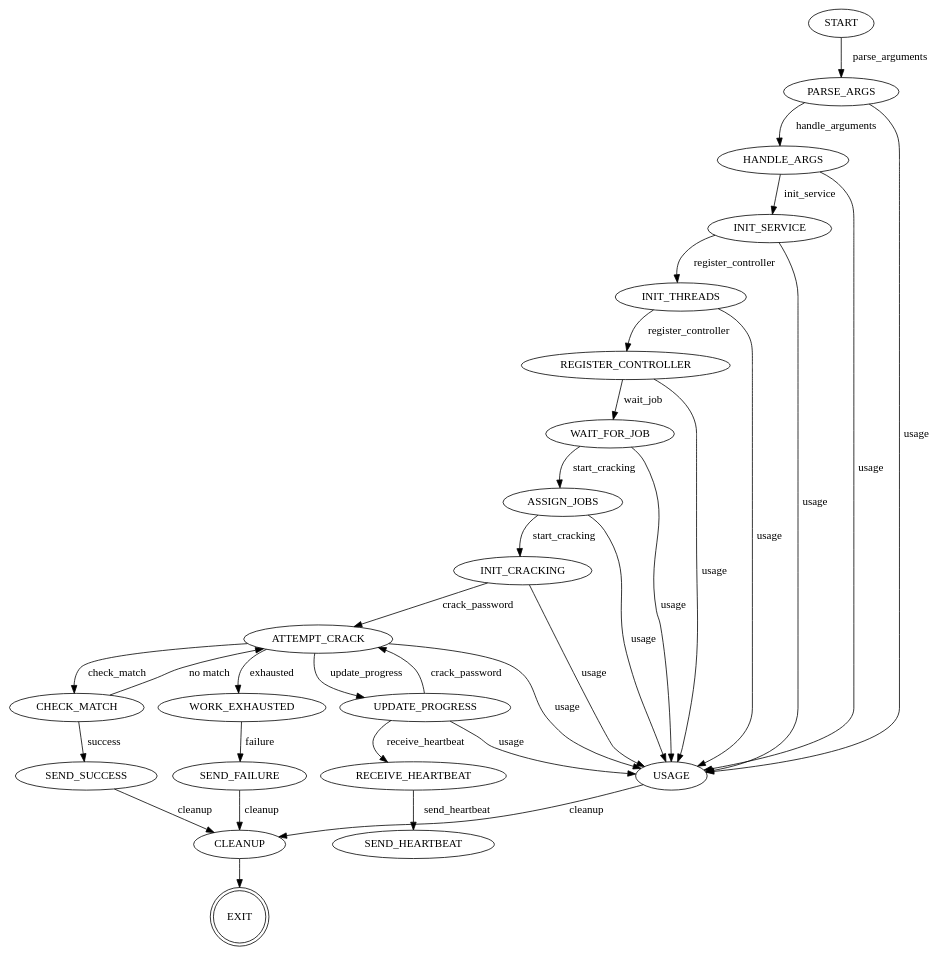
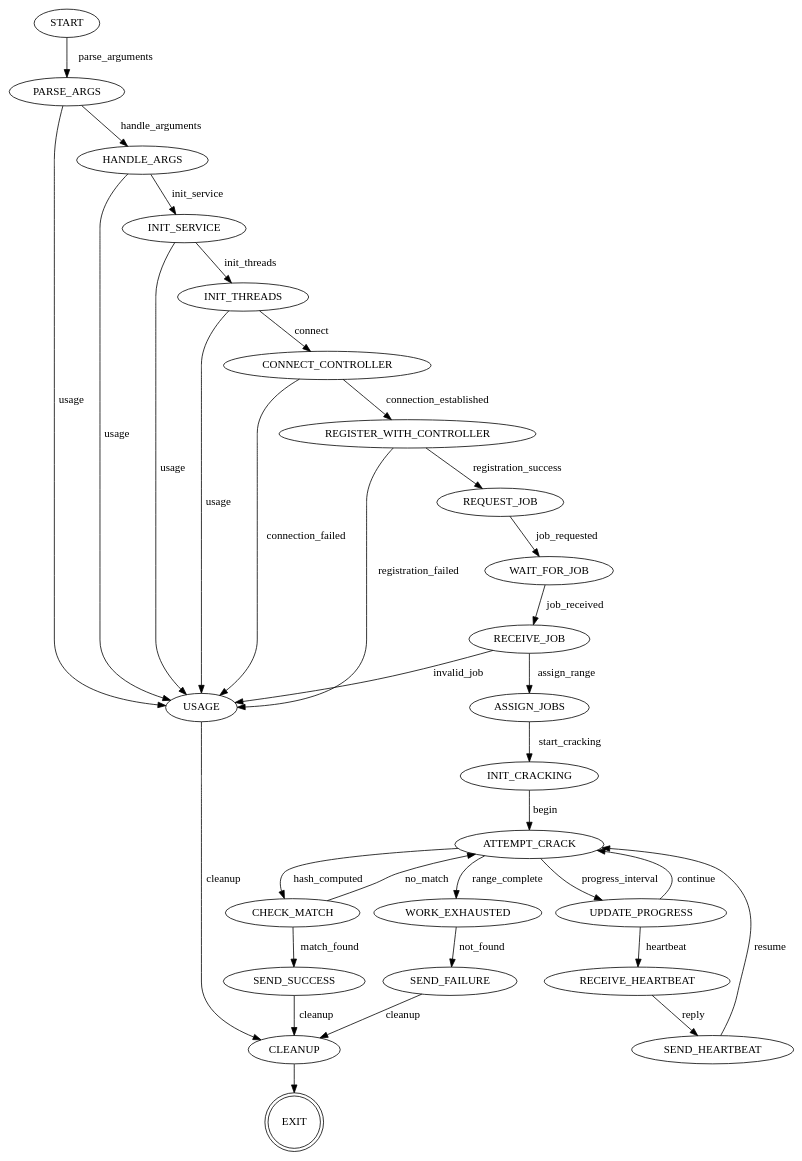
Before and after one commit to Wontoni/COMP8005-Password-Cracking: the diagram in source/worker.gv, drawn with Graphviz. The commit also changed 8 other files, not shown here.

```diff
--- a/source/worker.gv
+++ b/source/worker.gv
@@ -1,76 +1,87 @@
 digraph PasswordCrackerFSM {
-    rankdir=UD;
-    node [shape=ellipse];
-
+    rankdir = UD;
+    node [shape = ellipse;];
+    
     START;
     PARSE_ARGS;
     HANDLE_ARGS;
     USAGE;
+    
     INIT_SERVICE;
     INIT_THREADS;
-    REGISTER_CONTROLLER;
+    
+    CONNECT_CONTROLLER;
+    REGISTER_WITH_CONTROLLER;
+    REQUEST_JOB;
     WAIT_FOR_JOB;
+    RECEIVE_JOB;
+    
     ASSIGN_JOBS;
     INIT_CRACKING;
     ATTEMPT_CRACK;
     CHECK_MATCH;
+    UPDATE_PROGRESS;
     WORK_EXHAUSTED;
+    
     RECEIVE_HEARTBEAT;
     SEND_HEARTBEAT;
+    
     SEND_SUCCESS;
     SEND_FAILURE;
-    UPDATE_PROGRESS;
+    
     CLEANUP;
-    EXIT [shape=doublecircle];
-
-    START -> PARSE_ARGS [label="parse_arguments"];
-
-    PARSE_ARGS -> HANDLE_ARGS [label="handle_arguments"];
-    PARSE_ARGS -> USAGE [label="usage"];
-
-    HANDLE_ARGS -> INIT_SERVICE [label="init_service"];
-    HANDLE_ARGS -> USAGE [label="usage"];
-
-    USAGE -> CLEANUP [label="cleanup"];
-
-    INIT_SERVICE -> INIT_THREADS [label="register_controller"];
-    INIT_SERVICE -> USAGE [label="usage"];
-
-    INIT_THREADS -> REGISTER_CONTROLLER [label="register_controller"];
-    INIT_THREADS -> USAGE [label="usage"];
-
-    REGISTER_CONTROLLER -> WAIT_FOR_JOB [label="wait_job"];
-    REGISTER_CONTROLLER -> USAGE [label="usage"];
-
-    WAIT_FOR_JOB -> ASSIGN_JOBS [label="start_cracking"];
-    WAIT_FOR_JOB -> USAGE [label="usage"];
-
-    ASSIGN_JOBS -> INIT_CRACKING [label="start_cracking"];
-    ASSIGN_JOBS -> USAGE [label="usage"];
-
-    INIT_CRACKING -> ATTEMPT_CRACK [label="crack_password"];
-    INIT_CRACKING -> USAGE [label="usage"];
-
-    ATTEMPT_CRACK -> CHECK_MATCH [label="check_match"];
-    ATTEMPT_CRACK -> UPDATE_PROGRESS [label="update_progress"]
-    ATTEMPT_CRACK -> USAGE [label="usage"];
-
-    UPDATE_PROGRESS -> ATTEMPT_CRACK [label="crack_password"]
-    UPDATE_PROGRESS -> RECEIVE_HEARTBEAT [label="receive_heartbeat"]
-    UPDATE_PROGRESS -> USAGE [label="usage"]
-
-    RECEIVE_HEARTBEAT -> SEND_HEARTBEAT [label="send_heartbeat"]
+    EXIT [shape = doublecircle;];
     
-
-    CHECK_MATCH -> SEND_SUCCESS [label="success"];
-    CHECK_MATCH -> ATTEMPT_CRACK [label="no match"];
-
-    ATTEMPT_CRACK -> WORK_EXHAUSTED [label="exhausted"];
-
-    WORK_EXHAUSTED -> SEND_FAILURE [label="failure"];
-
-    SEND_SUCCESS -> CLEANUP [label="cleanup"];
-    SEND_FAILURE -> CLEANUP [label="cleanup"];
-
+    START -> PARSE_ARGS [label = "parse_arguments";];
+    
+    PARSE_ARGS -> HANDLE_ARGS [label = "handle_arguments";];
+    PARSE_ARGS -> USAGE [label = "usage";];
+    
+    HANDLE_ARGS -> INIT_SERVICE [label = "init_service";];
+    HANDLE_ARGS -> USAGE [label = "usage";];
+    
+    USAGE -> CLEANUP [label = "cleanup";];
+    
+    INIT_SERVICE -> INIT_THREADS [label = "init_threads";];
+    INIT_SERVICE -> USAGE [label = "usage";];
+    
+    INIT_THREADS -> CONNECT_CONTROLLER [label = "connect";];
+    INIT_THREADS -> USAGE [label = "usage";];
+    
+    CONNECT_CONTROLLER -> REGISTER_WITH_CONTROLLER [label = "connection_established";];
+    CONNECT_CONTROLLER -> USAGE [label = "connection_failed";];
+    
+    REGISTER_WITH_CONTROLLER -> REQUEST_JOB [label = "registration_success";];
+    REGISTER_WITH_CONTROLLER -> USAGE [label = "registration_failed";];
+    
+    REQUEST_JOB -> WAIT_FOR_JOB [label = "job_requested";];
+    
+    WAIT_FOR_JOB -> RECEIVE_JOB [label = "job_received";];
+    
+    RECEIVE_JOB -> ASSIGN_JOBS [label = "assign_range";];
+    RECEIVE_JOB -> USAGE [label = "invalid_job";];
+    
+    ASSIGN_JOBS -> INIT_CRACKING [label = "start_cracking";];
+    
+    INIT_CRACKING -> ATTEMPT_CRACK [label = "begin";];
+    
+    ATTEMPT_CRACK -> CHECK_MATCH [label = "hash_computed";];
+    ATTEMPT_CRACK -> UPDATE_PROGRESS [label = "progress_interval";];
+    ATTEMPT_CRACK -> WORK_EXHAUSTED [label = "range_complete";];
+    
+    UPDATE_PROGRESS -> ATTEMPT_CRACK [label = "continue";];
+    UPDATE_PROGRESS -> RECEIVE_HEARTBEAT [label = "heartbeat";];
+    
+    RECEIVE_HEARTBEAT -> SEND_HEARTBEAT [label = "reply";];
+    SEND_HEARTBEAT -> ATTEMPT_CRACK [label = "resume";];
+    
+    CHECK_MATCH -> SEND_SUCCESS [label = "match_found";];
+    CHECK_MATCH -> ATTEMPT_CRACK [label = "no_match";];
+    
+    WORK_EXHAUSTED -> SEND_FAILURE [label = "not_found";];
+    
+    SEND_SUCCESS -> CLEANUP [label = "cleanup";];
+    SEND_FAILURE -> CLEANUP [label = "cleanup";];
+    
     CLEANUP -> EXIT;
 }
```
